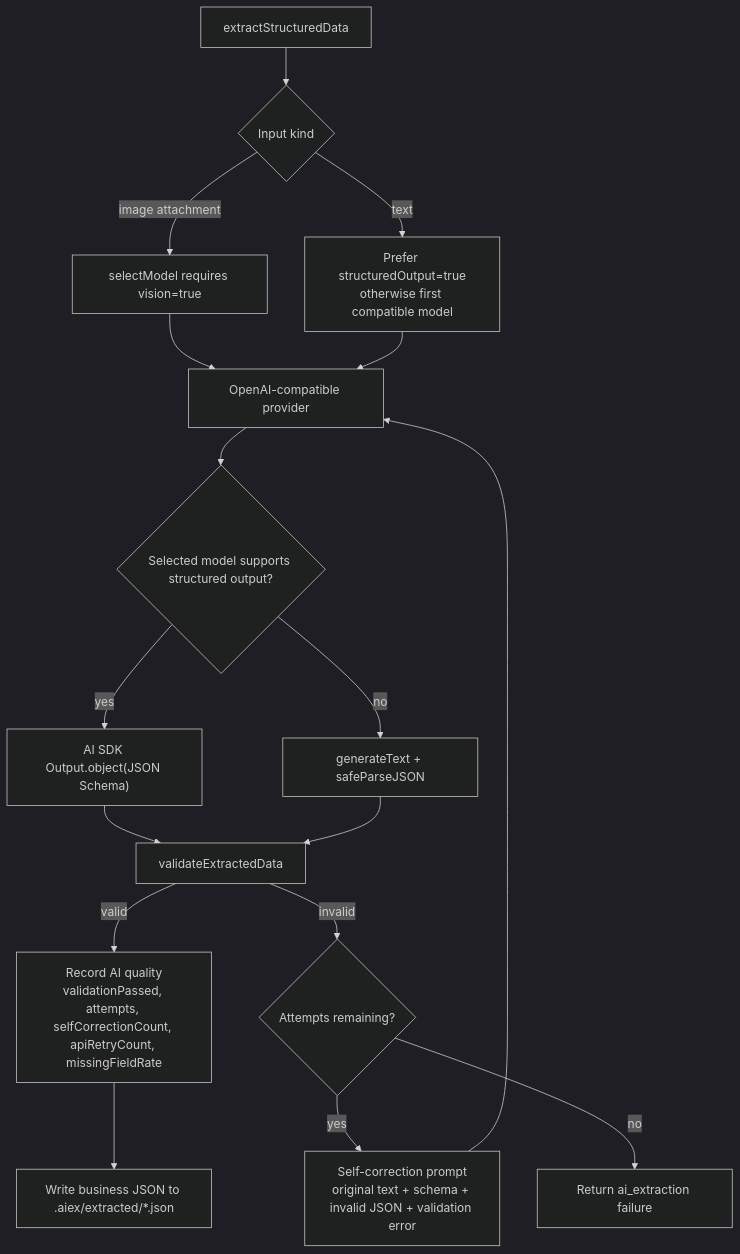
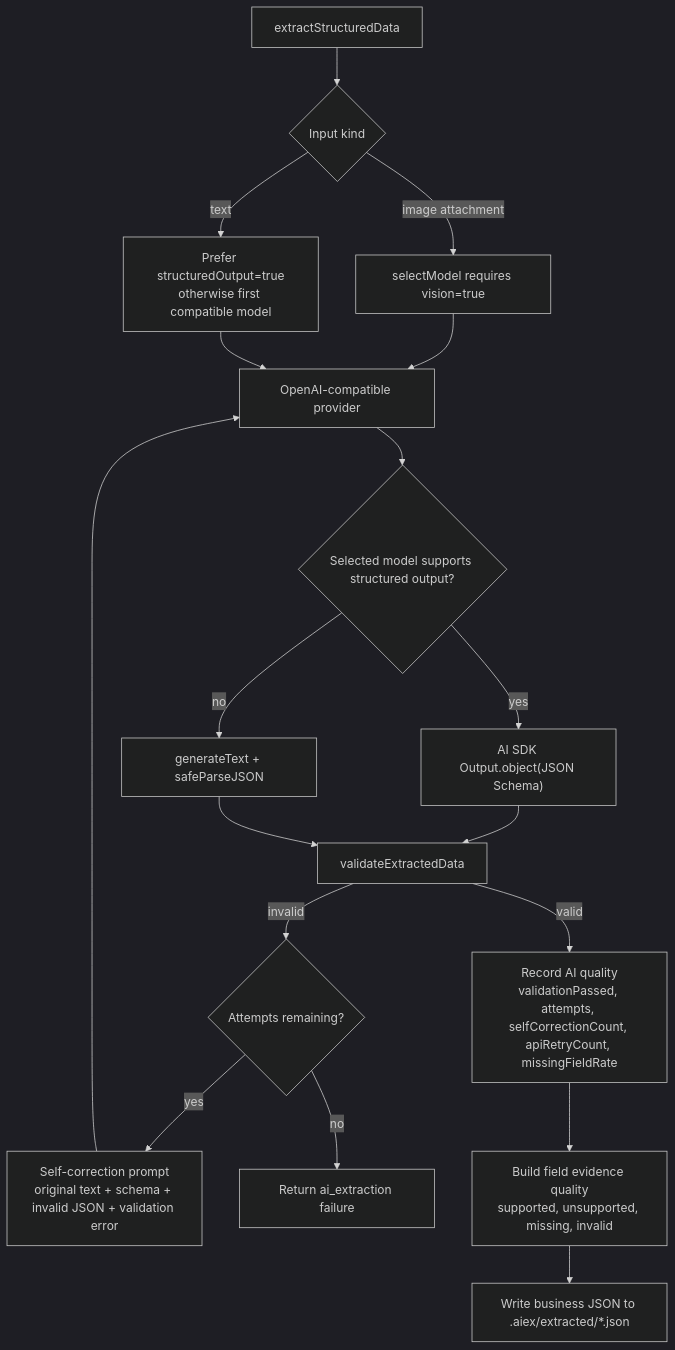
Before and after one commit to OSpoon/aiex-cli: the fifth of 7 diagrams in docs/flow-chart.md, drawn with Mermaid (dark theme). The commit also changed other lines of this file and 29 other files, not shown here.

````diff
--- a/docs/flow-chart.md
+++ b/docs/flow-chart.md
@@ -106,25 +107,26 @@
 ```mermaid
 flowchart TD
   X0["extractStructuredData"] --> M1{"Input kind"}
 
   M1 -->|"image attachment"| M2["selectModel requires vision=true"]
   M1 -->|"text"| M3["Prefer structuredOutput=true\notherwise first compatible model"]
 
   M2 --> P1["OpenAI-compatible provider"]
   M3 --> P1
 
   P1 --> S1{"Selected model supports structured output?"}
   S1 -->|"yes"| S2["AI SDK Output.object(JSON Schema)"]
   S1 -->|"no"| S3["generateText + safeParseJSON"]
 
   S2 --> V1["validateExtractedData"]
   S3 --> V1
 
   V1 -->|"valid"| Q1["Record AI quality\nvalidationPassed, attempts, selfCorrectionCount, apiRetryCount, missingFieldRate"]
   V1 -->|"invalid"| R1{"Attempts remaining?"}
   R1 -->|"yes"| R2["Self-correction prompt\noriginal text + schema + invalid JSON + validation error"]
   R2 --> P1
   R1 -->|"no"| E1["Return ai_extraction failure"]
 
-  Q1 --> O1["Write business JSON to .aiex/extracted/*.json"]
+  Q1 --> Q2["Build field evidence quality\nsupported, unsupported, missing, invalid"]
+  Q2 --> O1["Write business JSON to .aiex/extracted/*.json"]
 ```
````
